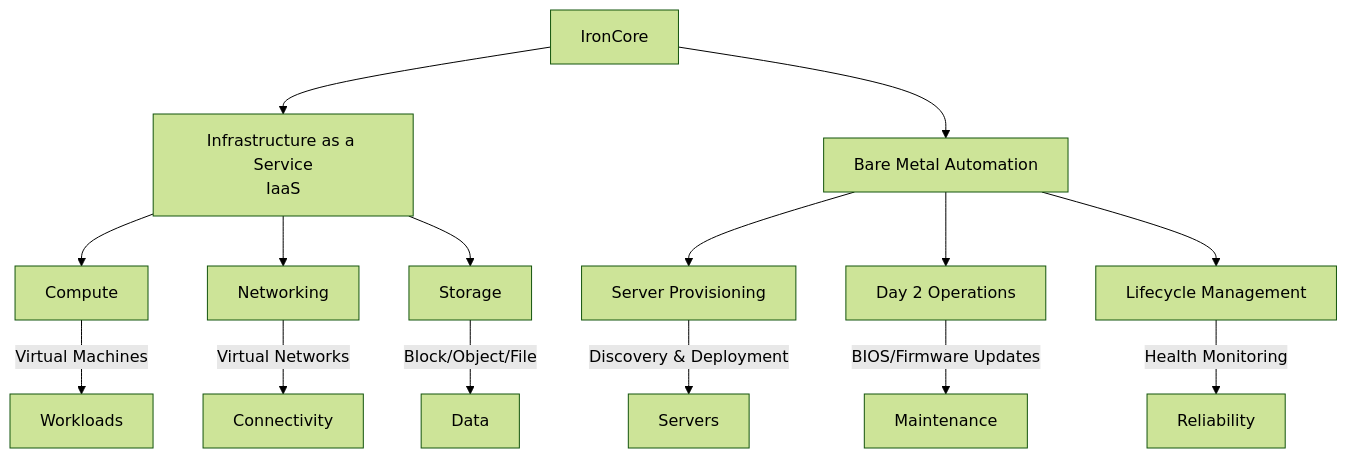
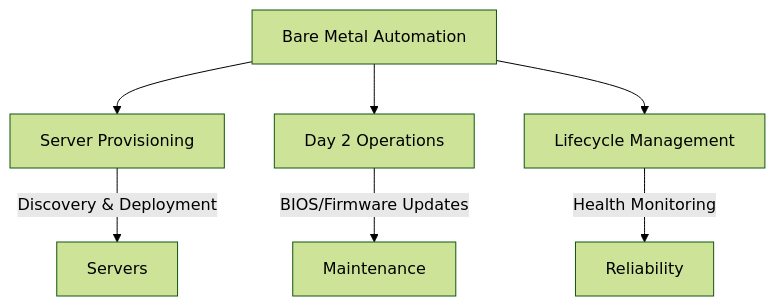
The second of 2 diagrams in docs/index.md (opensovereigncloud/docs), drawn with Mermaid (forest theme) before and after one commit. The commit also changed other lines of this file and 9 other files, not shown here.

````diff
--- a/docs/index.md
+++ b/docs/index.md
@@ -18,21 +35,12 @@
 ```mermaid
 graph TD
-    A[IronCore] --> B[Infrastructure as a Service<br>IaaS]
-    A --> C[Bare Metal Automation]
-    
-    B --> D[Compute]
-    B --> E[Networking]
-    B --> F[Storage]
-    
-    C --> G[Server Provisioning]
-    C --> H[Day 2 Operations]
-    C --> I[Lifecycle Management]
-    
-    D -->|Virtual Machines| J[Workloads]
-    E -->|Virtual Networks| K[Connectivity]
-    F -->|Block/Object/File| L[Data]
-    
+    A["Bare Metal Automation"] 
+        
+    A --> G[Server Provisioning]
+    A --> H[Day 2 Operations]
+    A --> I[Lifecycle Management]
+     
     G -->|Discovery & Deployment| M[Servers]
     H -->|BIOS/Firmware Updates| N[Maintenance]
     I -->|Health Monitoring| O[Reliability]
 ```
````
